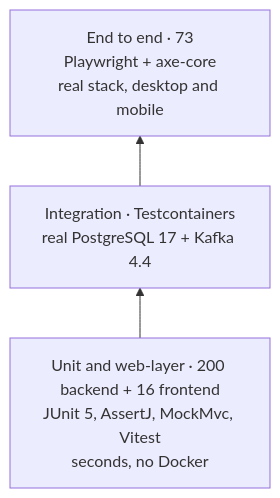
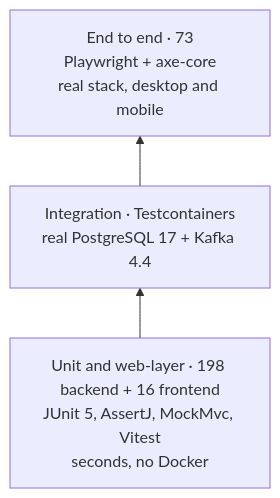
One commit to heikaliskandar/chubb-claims-platform changed the diagram in docs/features/testing.md. Above: the diagram before and after it, drawn with Mermaid. The commit also changed 277 other files, not shown here.

````diff
--- a/docs/features/testing.md
+++ b/docs/features/testing.md
@@ -5,7 +5,7 @@
 ```mermaid
 flowchart BT
-    U["Unit and web-layer · 200 backend + 16 frontend<br/>JUnit 5, AssertJ, MockMvc, Vitest<br/>seconds, no Docker"]
+    U["Unit and web-layer · 198 backend + 16 frontend<br/>JUnit 5, AssertJ, MockMvc, Vitest<br/>seconds, no Docker"]
     I["Integration · Testcontainers<br/>real PostgreSQL 17 + Kafka 4.4"]
     E["End to end · 73<br/>Playwright + axe-core<br/>real stack, desktop and mobile"]
     U --> I --> E
 ```
````
